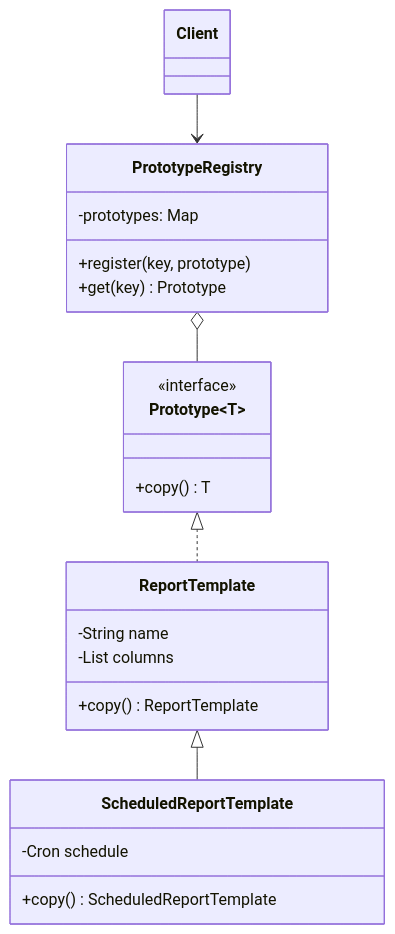
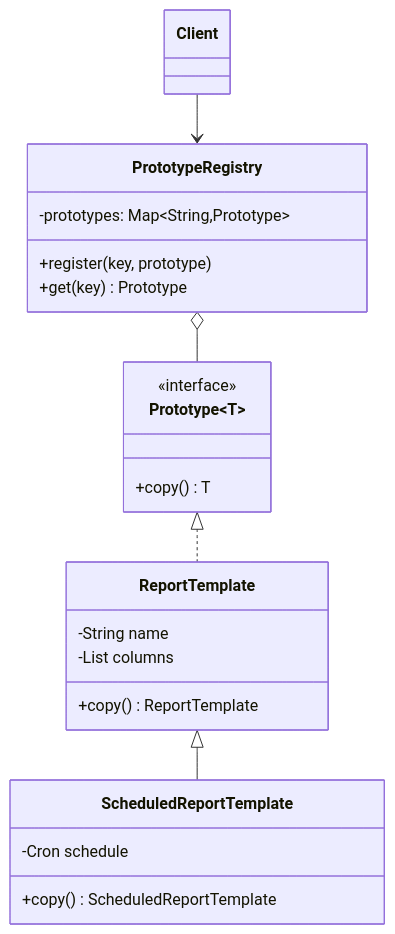
Before and after one commit to furkaanasik/java-notlari: the diagram in content/patterns/04-prototype.md, drawn with Mermaid. The commit also changed other lines of this file and 6 other files, not shown here.

First line of the commit message:
docs: unify pattern skeleton and keep mermaid generics typed

````diff
--- a/content/patterns/04-prototype.md
+++ b/content/patterns/04-prototype.md
@@ -57,27 +57,27 @@
 ```mermaid
 classDiagram
     class Prototype~T~ {
         <<interface>>
         +copy() T
     }
     class ReportTemplate {
         -String name
         -List columns
         +copy() ReportTemplate
     }
     class ScheduledReportTemplate {
         -Cron schedule
         +copy() ScheduledReportTemplate
     }
     class PrototypeRegistry {
-        -prototypes: Map
+        -prototypes: Map~String,Prototype~
         +register(key, prototype)
         +get(key) Prototype
     }
     class Client
 
     Prototype <|.. ReportTemplate
     ReportTemplate <|-- ScheduledReportTemplate
     PrototypeRegistry o-- Prototype
     Client --> PrototypeRegistry
 ```
````
